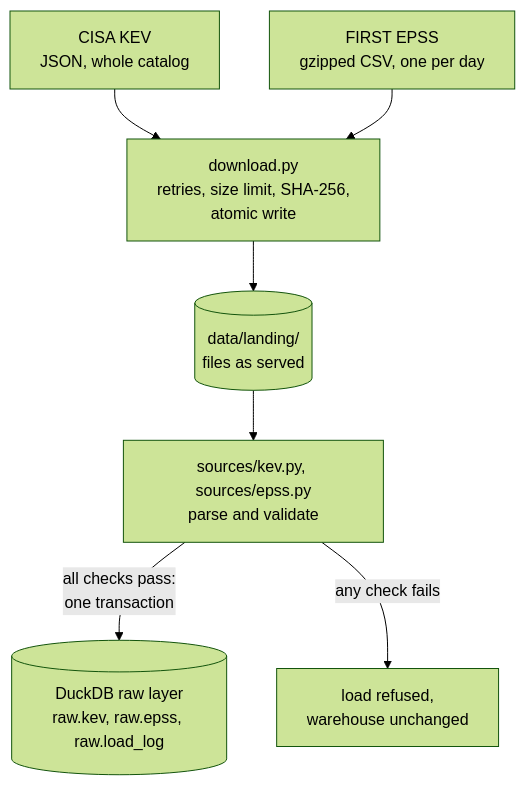
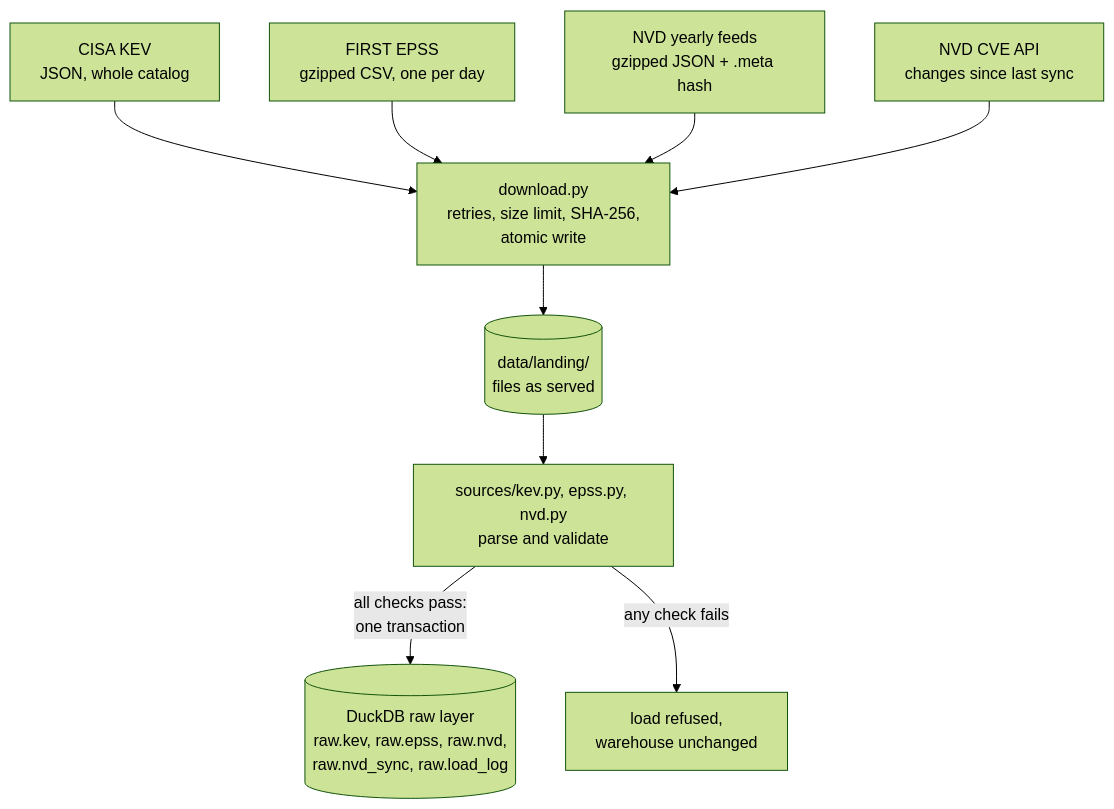
One commit to JoaoPedro0305/vuln-priority-pipeline changed the diagram in README.md. Above: the diagram before and after it, drawn with Mermaid (forest theme). The commit also changed other lines of this file and 1 other file, not shown here.

Commit message:
Check NVD weekly against the real feeds and API; document the NVD stage

````diff
--- a/README.md
+++ b/README.md
@@ -43,9 +43,11 @@
 ```mermaid
 flowchart TD
     KEV["CISA KEV<br/>JSON, whole catalog"] --> DL
     EPSS["FIRST EPSS<br/>gzipped CSV, one per day"] --> DL
+    FEEDS["NVD yearly feeds<br/>gzipped JSON + .meta hash"] --> DL
+    API["NVD CVE API<br/>changes since last sync"] --> DL
     DL["download.py<br/>retries, size limit, SHA-256,<br/>atomic write"] --> LAND[("data/landing/<br/>files as served")]
-    LAND --> VAL["sources/kev.py, sources/epss.py<br/>parse and validate"]
-    VAL -->|"all checks pass:<br/>one transaction"| RAW[("DuckDB raw layer<br/>raw.kev, raw.epss, raw.load_log")]
+    LAND --> VAL["sources/kev.py, epss.py, nvd.py<br/>parse and validate"]
+    VAL -->|"all checks pass:<br/>one transaction"| RAW[("DuckDB raw layer<br/>raw.kev, raw.epss, raw.nvd,<br/>raw.nvd_sync, raw.load_log")]
     VAL -->|"any check fails"| KEEP["load refused,<br/>warehouse unchanged"]
 ```
````
